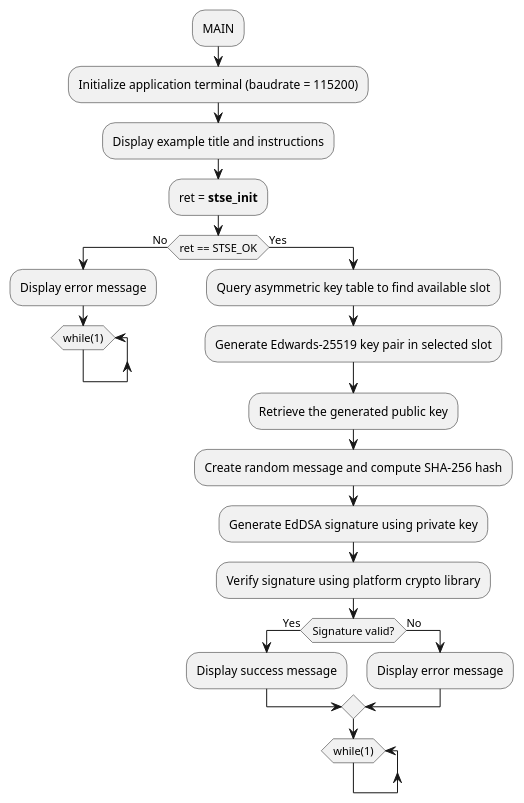
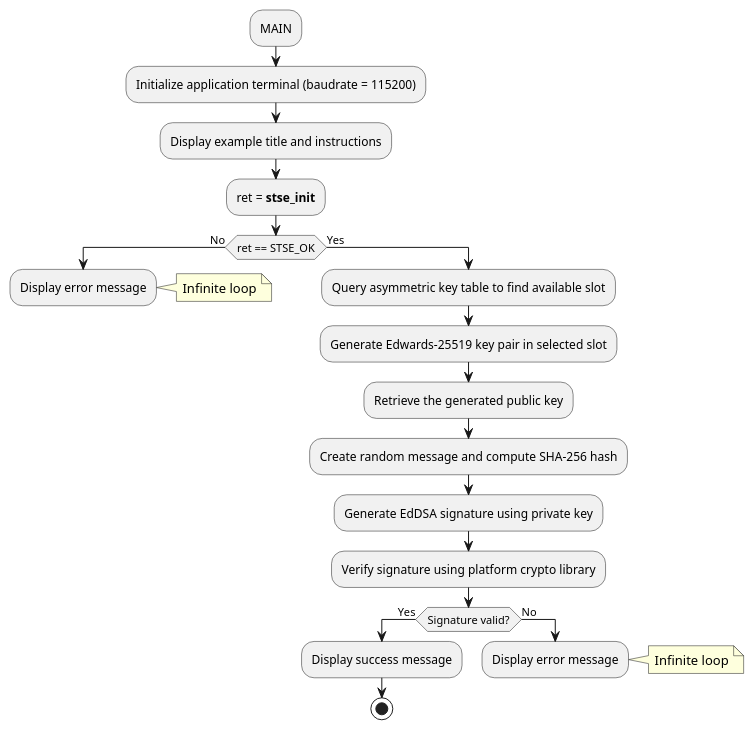
Before and after one commit to Grom-perso/STSAFE-A120_examples_dev: the diagram in Documentation/resources/Markdown/03_Project_examples_description/Key_pair_generation_EDWARDS_25519/STSAFE-A120_Key_pair_generation_EDWARDS_25519.md, drawn with PlantUML. The commit also changed 23 other files, not shown here.

```diff
--- a/Documentation/resources/Markdown/03_Project_examples_description/Key_pair_generation_EDWARDS_25519/STSAFE-A120_Key_pair_generation_EDWARDS_25519.md
+++ b/Documentation/resources/Markdown/03_Project_examples_description/Key_pair_generation_EDWARDS_25519/STSAFE-A120_Key_pair_generation_EDWARDS_25519.md
@@ -13,29 +13,28 @@
 @startuml "Edwards-25519 Key Pair Generation flowchart" width=5cm
 	:MAIN;
 	:Initialize application terminal (baudrate = 115200);
 	:Display example title and instructions;
 	:ret = <b>stse_init</b>;
 	if(ret == STSE_OK) then (No)
-	:Display error message;
-	while (while(1))
-	end while
-	-[hidden]->
-	detach
+		:Display error message;
+		note right: Infinite loop
+		-[hidden]->
+		detach
 	else (Yes)
-	:Query asymmetric key table to find available slot;
-	:Generate Edwards-25519 key pair in selected slot;
-	:Retrieve the generated public key;
-	:Create random message and compute SHA-256 hash;
-	:Generate EdDSA signature using private key;
-	:Verify signature using platform crypto library;
-	if(Signature valid?) then (Yes)
-	:Display success message;
-	else (No)
-	:Display error message;
-	endif
-	while (while(1))
-	end while
-	-[hidden]->
-	detach
+		:Query asymmetric key table to find available slot;
+		:Generate Edwards-25519 key pair in selected slot;
+		:Retrieve the generated public key;
+		:Create random message and compute SHA-256 hash;
+		:Generate EdDSA signature using private key;
+		:Verify signature using platform crypto library;
+		if(Signature valid?) then (Yes)
+			:Display success message;
+			stop
+		else (No)
+			:Display error message;
+		    note right: Infinite loop
+			-[hidden]->
+			detach
+		endif
 	endif
 @enduml
```
